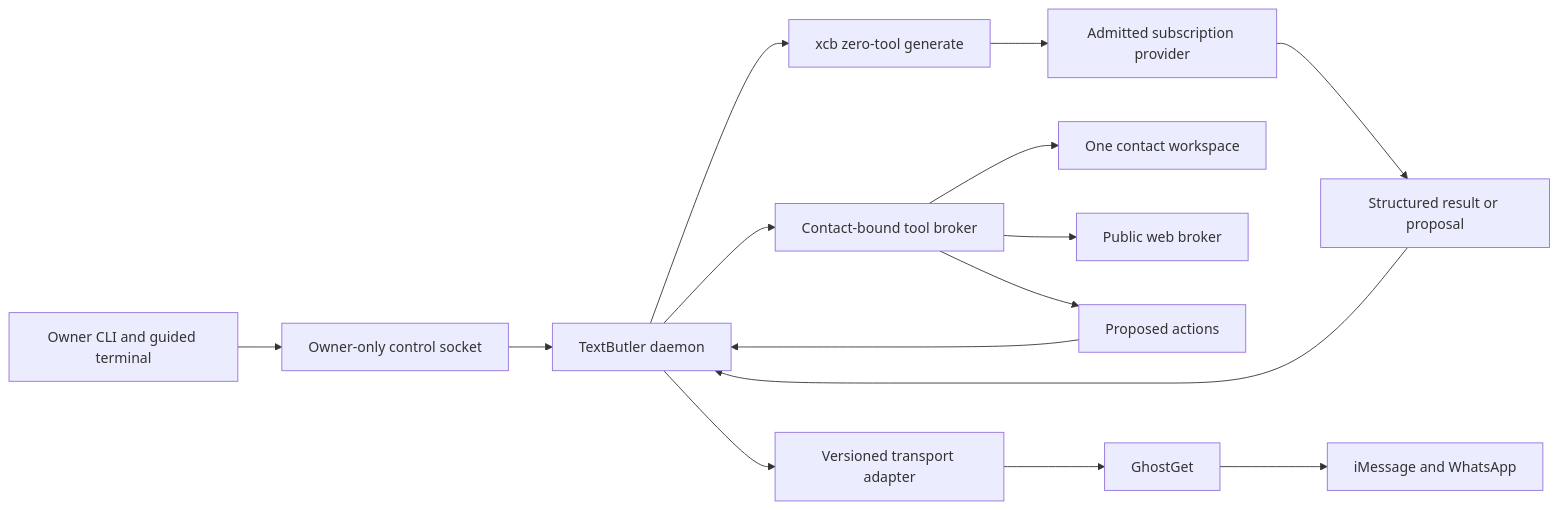
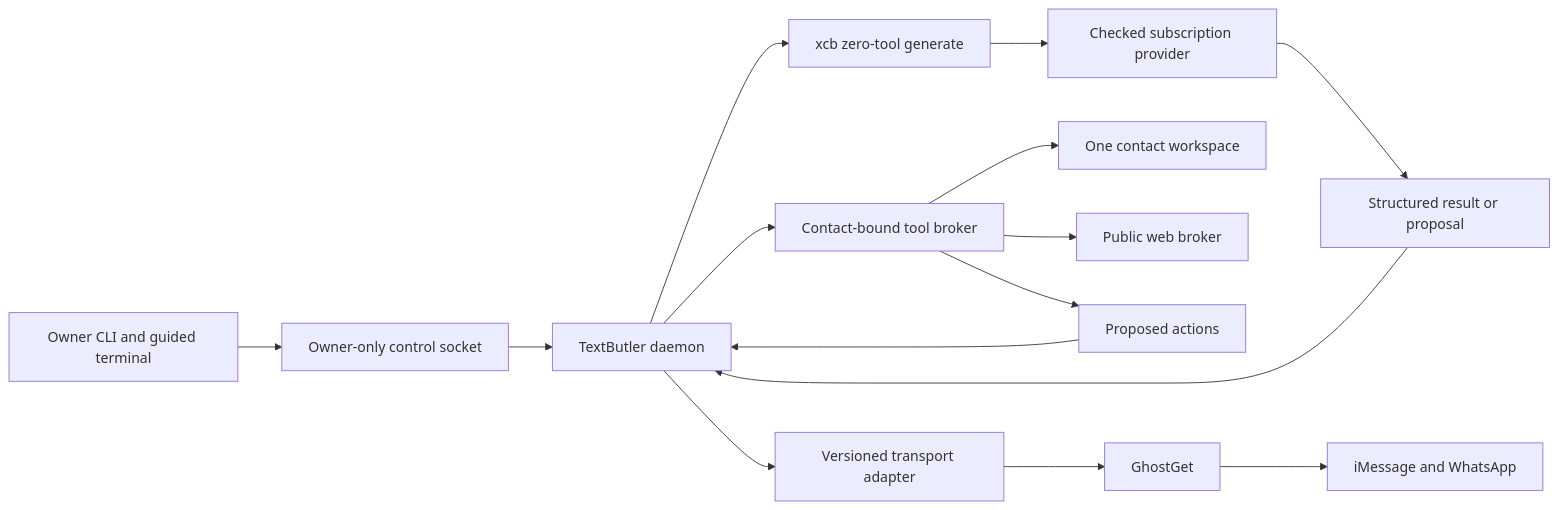
Before and after one commit to hraness/message-like-me: the diagram in docs/textbutler/architecture.md, drawn with Mermaid. The commit also changed other lines of this file and 69 other files, not shown here.

````diff
--- a/docs/textbutler/architecture.md
+++ b/docs/textbutler/architecture.md
@@ -9,17 +9,17 @@
 ```mermaid
 flowchart LR
   Cli[Owner CLI and guided terminal] --> Control[Owner-only control socket]
   Control --> Butler[TextButler daemon]
   Butler --> Xcb[xcb zero-tool generate]
-  Xcb --> Provider[Admitted subscription provider]
+  Xcb --> Provider[Checked subscription provider]
   Provider --> Proposal[Structured result or proposal]
   Proposal --> Butler
   Butler --> Tools[Contact-bound tool broker]
   Tools --> Memory[One contact workspace]
   Tools --> Web[Public web broker]
   Tools --> Intents[Proposed actions]
   Intents --> Butler
   Butler --> Transport[Versioned transport adapter]
   Transport --> GhostGet[GhostGet]
   GhostGet --> Messages[iMessage and WhatsApp]
 ```
````
